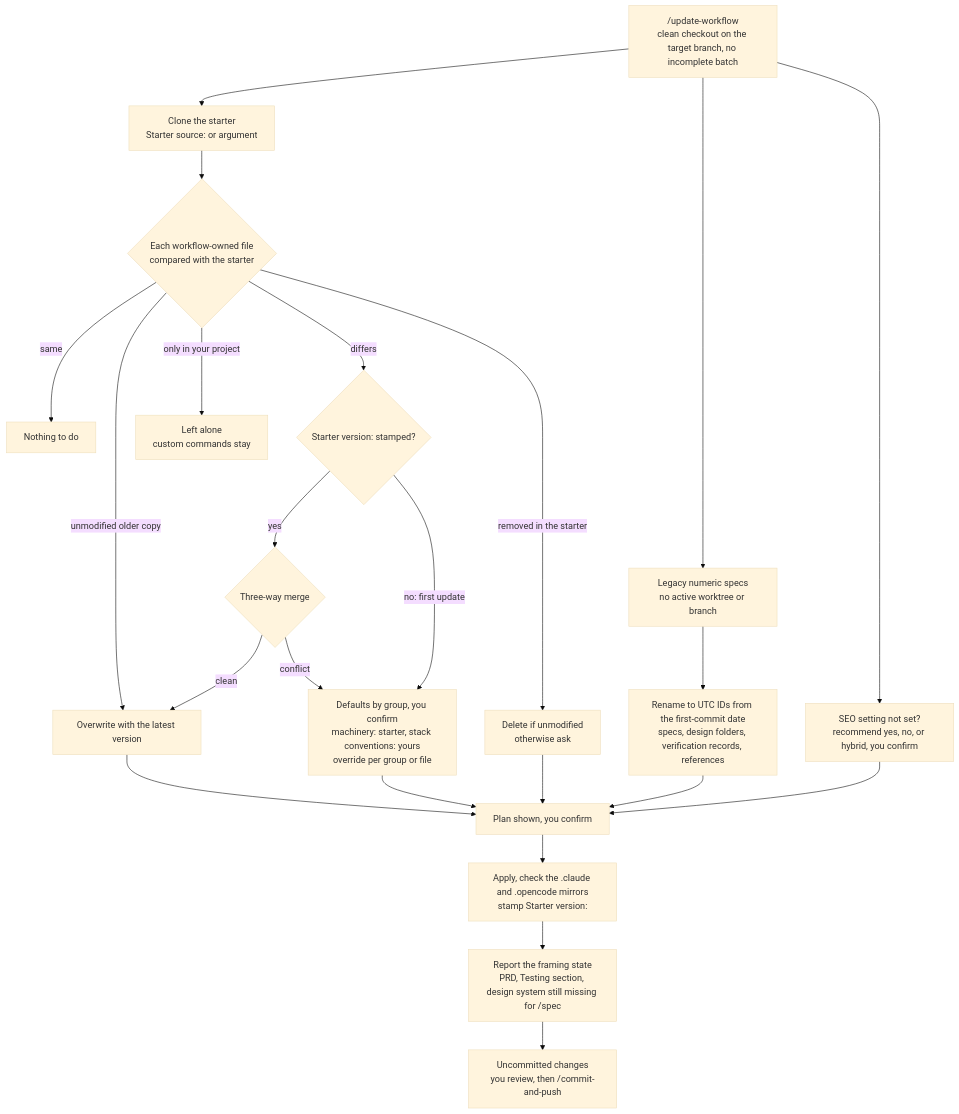
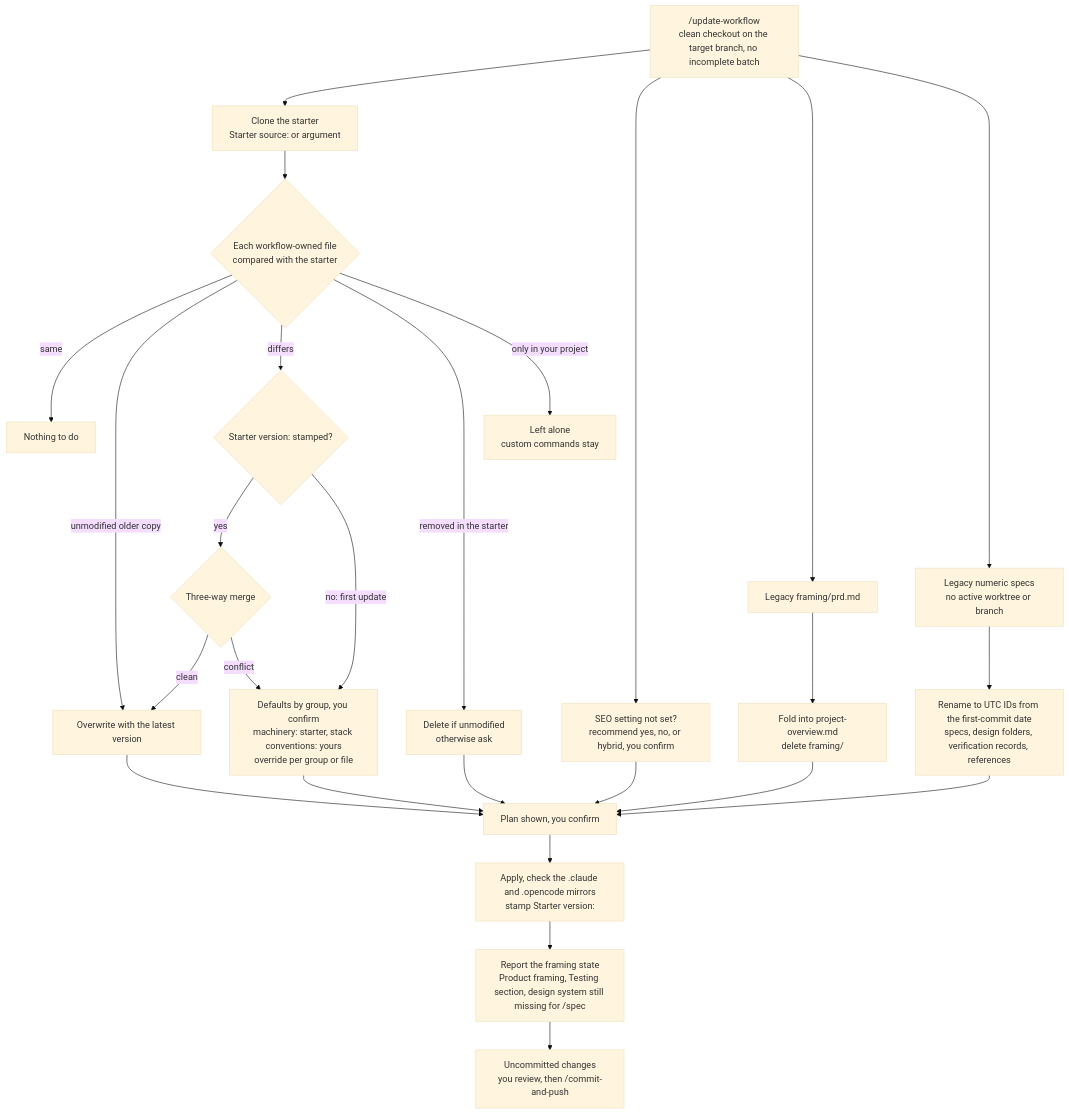
One commit to the-blue-coder/agentic-starter changed the sixth of 6 diagrams in README.md. Above: the diagram before and after it, drawn with Mermaid (base theme). The commit also changed other lines of this file and 11 other files, not shown here.

Commit message:
fold the prd into the project overview and make it the single source of product framing

````diff
--- a/README.md
+++ b/README.md
@@ -327,25 +327,28 @@
 ```mermaid
 flowchart TD
   start["/update-workflow<br/>clean checkout on the target branch, no incomplete batch"] --> fetch["Clone the starter<br/>Starter source: or argument"]
   fetch --> classify{"Each workflow-owned file<br/>compared with the starter"}
   classify -- "same" --> skip["Nothing to do"]
   classify -- "unmodified older copy" --> overwrite["Overwrite with the latest version"]
   classify -- "differs" --> base{"Starter version: stamped?"}
   base -- "yes" --> merge{"Three-way merge"}
   merge -- "clean" --> overwrite
   merge -- "conflict" --> ask
   base -- "no: first update" --> ask["Defaults by group, you confirm<br/>machinery: starter, stack conventions: yours<br/>override per group or file"]
   classify -- "removed in the starter" --> remove["Delete if unmodified<br/>otherwise ask"]
   classify -- "only in your project" --> own["Left alone<br/>custom commands stay"]
   start --> seoq["SEO setting not set?<br/>recommend yes, no, or hybrid, you confirm"]
+  start --> prdlegacy["Legacy framing/prd.md"]
+  prdlegacy --> foldprd["Fold into project-overview.md<br/>delete framing/"]
+  foldprd --> plan
   start --> specs["Legacy numeric specs<br/>no active worktree or branch"]
   specs --> rename["Rename to UTC IDs from the first-commit date<br/>specs, design folders, verification records, references"]
   overwrite --> plan["Plan shown, you confirm"]
   ask --> plan
   remove --> plan
   rename --> plan
   seoq --> plan
   plan --> apply["Apply, check the .claude and .opencode mirrors<br/>stamp Starter version:"]
-  apply --> framing["Report the framing state<br/>PRD, Testing section, design system still missing for /spec"]
+  apply --> framing["Report the framing state<br/>Product framing, Testing section, design system still missing for /spec"]
   framing --> review["Uncommitted changes<br/>you review, then /commit-and-push"]
 ```
````
